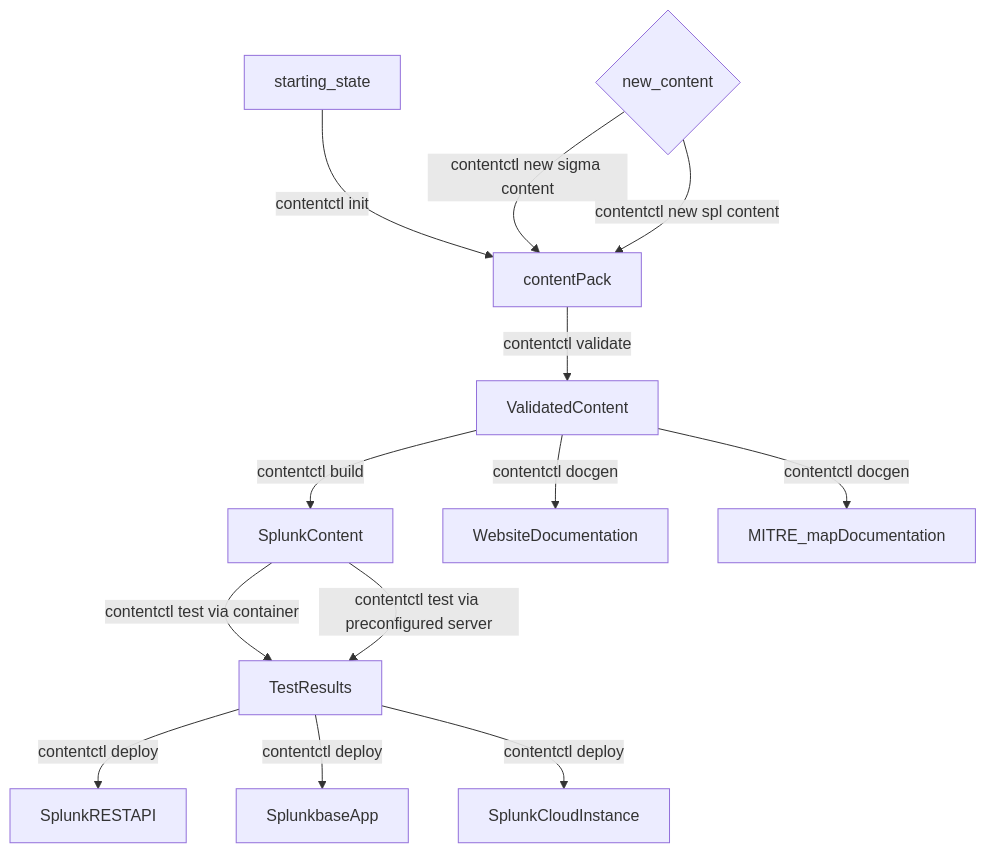
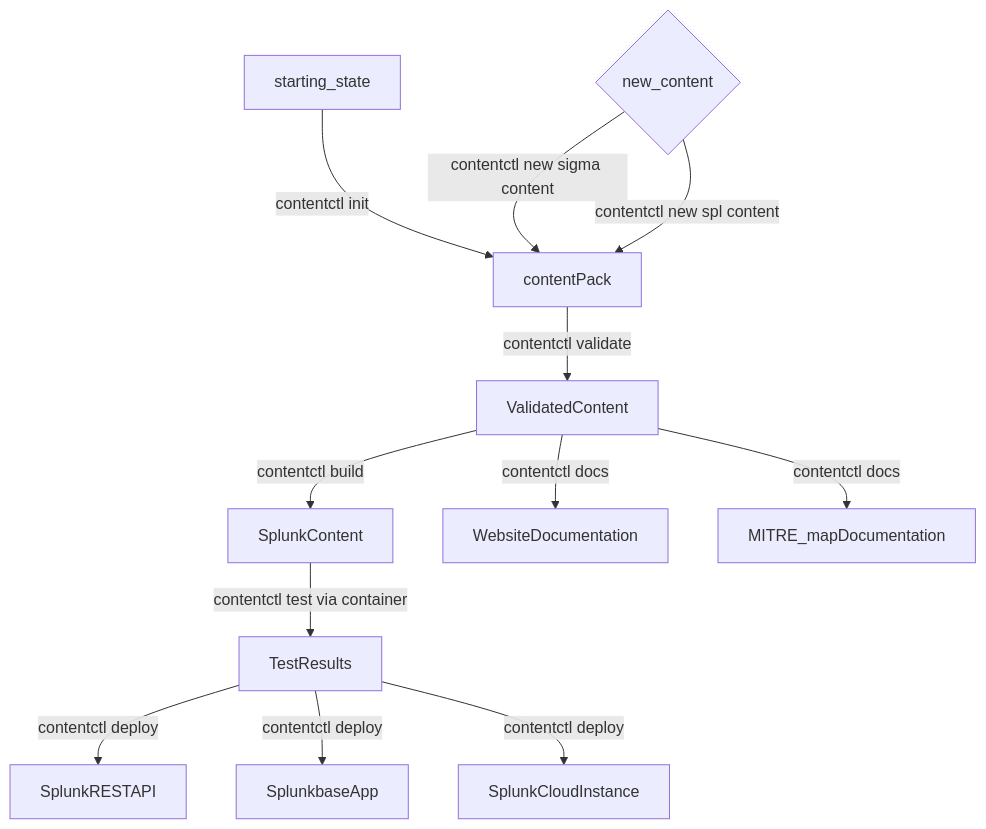
One commit to splunk/contentctl changed the first of 2 diagrams in README.md. Above: the diagram before and after it, drawn with Mermaid.

Commit message:
Minor updates to readme to (for now) remove the server target and fix typo where docs was referred to as docgen

````diff
--- a/README.md
+++ b/README.md
@@ -40,15 +40,14 @@
 ```mermaid
 graph TD
 starting_state --contentctl init--> contentPack 
 newContent{new_content} --contentctl new sigma content--> contentPack
 newContent{new_content} --contentctl new spl content--> contentPack
 contentPack --contentctl validate--> ValidatedContent
 ValidatedContent --contentctl build--> SplunkContent
-ValidatedContent --contentctl docgen--> WebsiteDocumentation
-ValidatedContent --contentctl docgen--> MITRE_mapDocumentation
+ValidatedContent --contentctl docs--> WebsiteDocumentation
+ValidatedContent --contentctl docs--> MITRE_mapDocumentation
 SplunkContent --contentctl test via container-->TestResults
-SplunkContent --contentctl test via preconfigured server-->TestResults
 TestResults --contentctl deploy-->SplunkRESTAPI
 TestResults --contentctl deploy-->SplunkbaseApp
 TestResults --contentctl deploy-->SplunkCloudInstance
 ```
````
